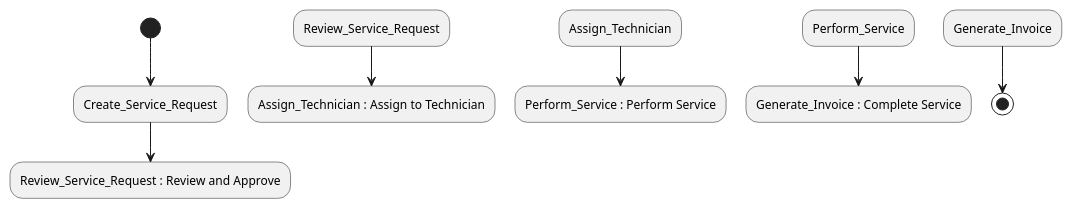
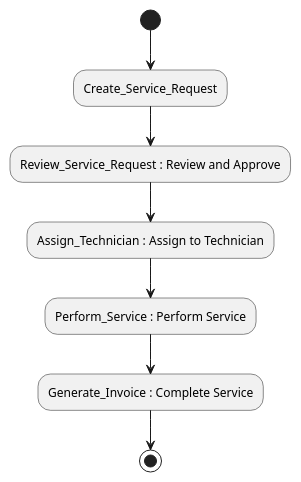
One commit to Fluorky/Computer-Service-Django-Api changed the diagram in umlDiagrams/computer_service_activity_diagram.plantuml. Above: the diagram before and after it, drawn with PlantUML. The commit also changed 3 other files, not shown here.

Commit message:
Create and update plantumls diagrams

```diff
--- a/umlDiagrams/computer_service_activity_diagram.plantuml
+++ b/umlDiagrams/computer_service_activity_diagram.plantuml
@@ -1,11 +1,10 @@
 @startuml
 
-
 (*) --> Create_Service_Request
-Create_Service_Request --> Review_Service_Request : Review and Approve
-Review_Service_Request --> Assign_Technician : Assign to Technician
-Assign_Technician --> Perform_Service : Perform Service
-Perform_Service --> Generate_Invoice : Complete Service
-Generate_Invoice --> (*)
+--> Review_Service_Request : Review and Approve
+--> Assign_Technician : Assign to Technician
+--> Perform_Service : Perform Service
+--> Generate_Invoice : Complete Service
+--> (*)
 
 @enduml
```
